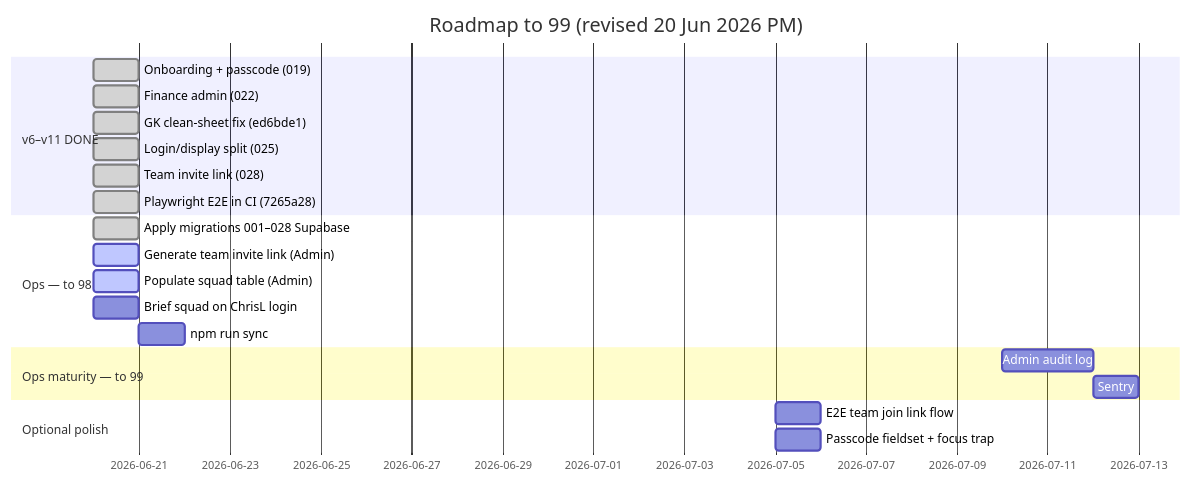
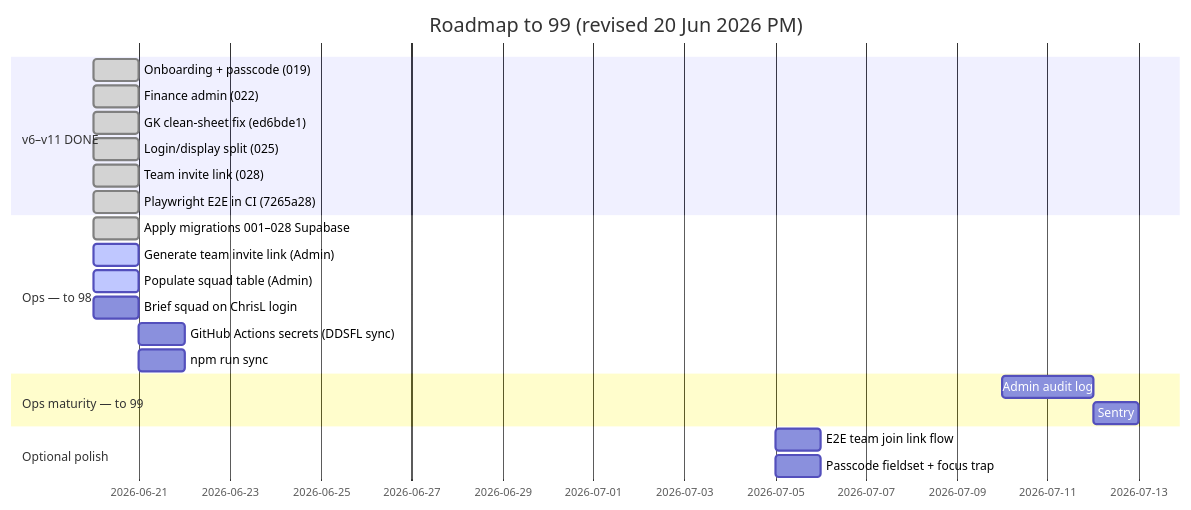
The diagram in docs/ROADMAP-99.md (lewisjakewhite26/bmfcapp), drawn with Mermaid before and after one commit. The commit also changed other lines of this file and 14 other files, not shown here.

````diff
--- a/docs/ROADMAP-99.md
+++ b/docs/ROADMAP-99.md
@@ -52,24 +52,25 @@
 ```mermaid
 gantt
     title Roadmap to 99 (revised 20 Jun 2026 PM)
     dateFormat  YYYY-MM-DD
     section v6–v11 DONE
     Onboarding + passcode (019)           :done, v6, 2026-06-20, 1d
     Finance admin (022)                   :done, v8, 2026-06-20, 1d
     GK clean-sheet fix (ed6bde1)          :done, v10c, 2026-06-20, 1d
     Login/display split (025)             :done, v11a, 2026-06-20, 1d
     Team invite link (028)                :done, v11b, 2026-06-20, 1d
     Playwright E2E in CI (7265a28)        :done, v11c, 2026-06-20, 1d
     section Ops — to 98
     Apply migrations 001–028 Supabase     :done, ops0, 2026-06-20, 1d
     Generate team invite link (Admin)     :active, ops1, 2026-06-20, 1d
     Populate squad table (Admin)          :active, ops2, 2026-06-20, 1d
     Brief squad on ChrisL login           :ops3, 2026-06-20, 1d
-    npm run sync:ddsfl                      :ops4, 2026-06-21, 1d
+    GitHub Actions secrets (DDSFL sync)   :ops4, 2026-06-21, 1d
+    npm run sync:ddsfl / nightly Action   :ops5, 2026-06-21, 1d
     section Ops maturity — to 99
     Admin audit log                       :o1, 2026-07-10, 2d
     Sentry                                :o2, 2026-07-12, 1d
     section Optional polish
     E2E team join link flow               :t1, 2026-07-05, 1d
     Passcode fieldset + focus trap        :a1, 2026-07-05, 1d
 ```
````
